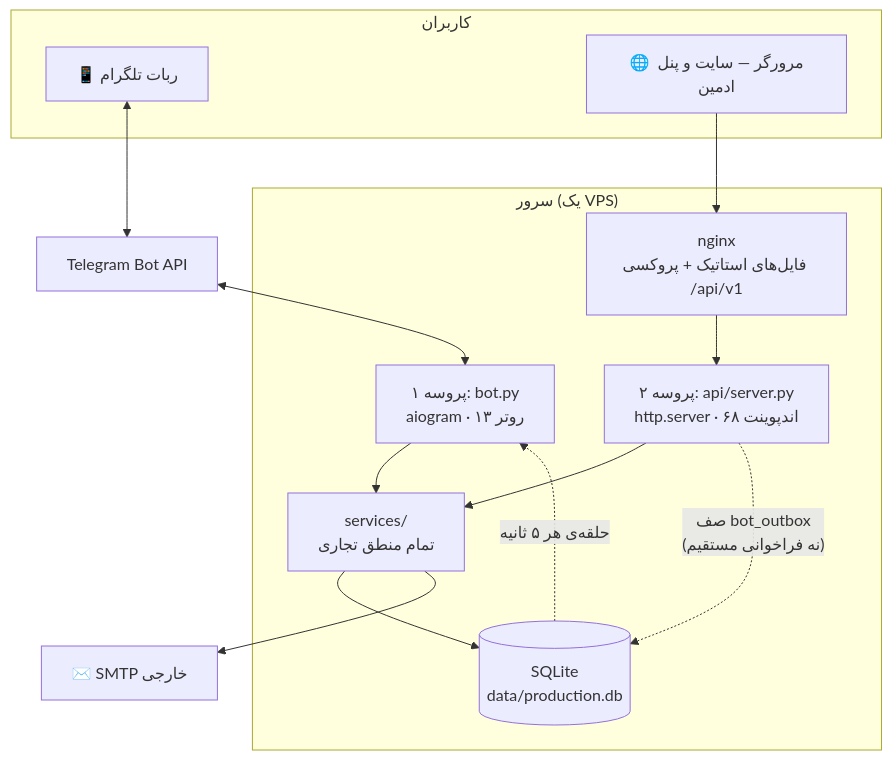
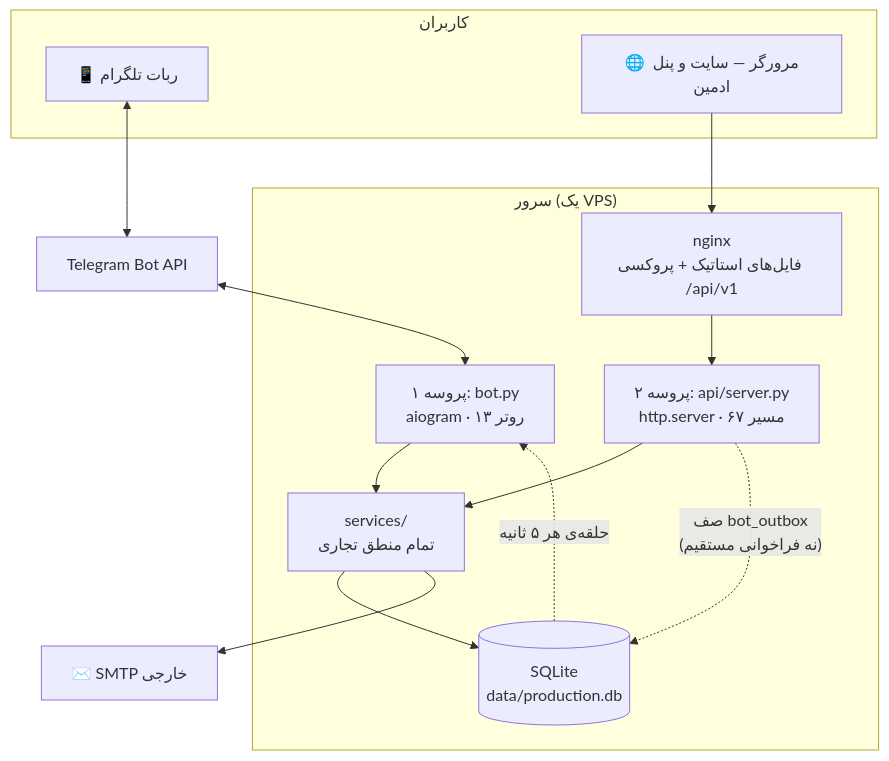
Before and after one commit to hamzehpour/MavaraHome: the diagram in docs/02-architecture.md, drawn with Mermaid. The commit also changed 13 other files, not shown here.

````diff
--- a/docs/02-architecture.md
+++ b/docs/02-architecture.md
@@ -8,28 +8,28 @@
 ```mermaid
 graph TB
     subgraph clients["کاربران"]
         TG["📱 ربات تلگرام"]
         WEB["🌐 مرورگر — سایت و پنل ادمین"]
     end
 
     subgraph server["سرور (یک VPS)"]
         NGINX["nginx<br/>فایل‌های استاتیک + پروکسی /api/v1"]
         BOT["پروسه ۱: bot.py<br/>aiogram · ۱۳ روتر"]
-        API["پروسه ۲: api/server.py<br/>http.server · ۶۸ اندپوینت"]
+        API["پروسه ۲: api/server.py<br/>http.server · ۶۷ مسیر"]
         SVC["services/<br/>تمام منطق تجاری"]
         DB[("SQLite<br/>data/production.db")]
     end
 
     SMTP["✉️ SMTP خارجی"]
     TGAPI["Telegram Bot API"]
 
     TG <--> TGAPI <--> BOT
     WEB --> NGINX
     NGINX --> API
     BOT --> SVC
     API --> SVC
     SVC --> DB
     SVC --> SMTP
     API -.->|"صف bot_outbox<br/>(نه فراخوانی مستقیم)"| DB
     DB -.->|"حلقه‌ی هر ۵ ثانیه"| BOT
 ```
````
